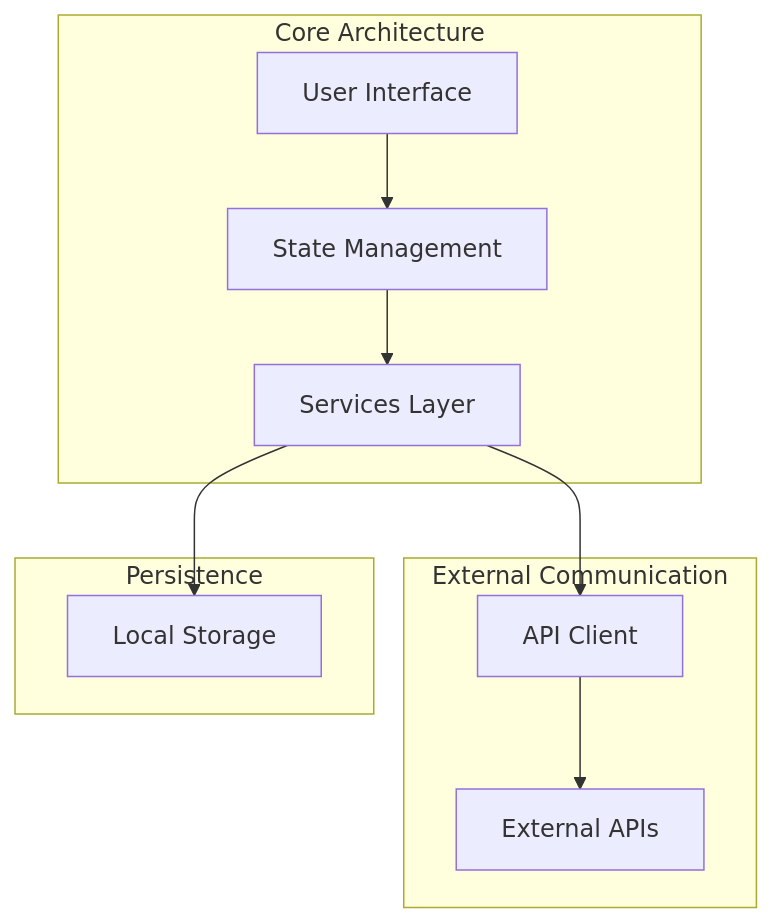
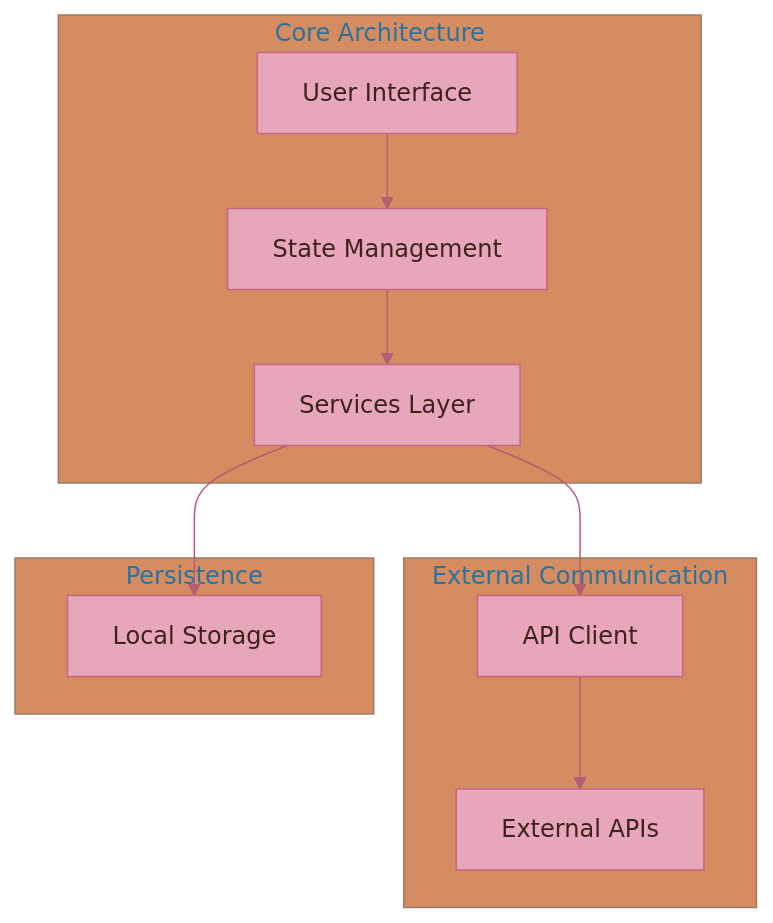
The diagram in README.md (radicalkjax/Athena), drawn with Mermaid before and after one commit. The commit also changed 5 other files, not shown here.

````diff
--- a/README.md
+++ b/README.md
@@ -257,23 +257,40 @@
 ```mermaid
+%%{init: {
+  'theme': 'base',
+  'themeVariables': {
+    'primaryColor': '#E8A6BA',
+    'primaryTextColor': '#3E231A',
+    'primaryBorderColor': '#C86681',
+    'lineColor': '#B65E71',
+    'secondaryColor': '#F6BD6B',
+    'tertiaryColor': '#D58C61',
+    'background': '#FFFFFF',
+    'mainBkg': '#E8A6BA',
+    'secondBkg': '#F6BD6B',
+    'tertiaryBkg': '#D58C61',
+    'textColor': '#3E231A',
+    'fontFamily': 'Arial, sans-serif'
+  }
+}}%%
 flowchart TD
     A[User Interface] --> B[State Management]
     B --> C[Services Layer]
     C --> D[API Client]
     C --> E[Local Storage]
     D --> F[External APIs]
     
     subgraph "Core Architecture"
         A
         B
         C
     end
     
     subgraph "External Communication"
         D
         F
     end
     
     subgraph "Persistence"
         E
     end
 ```
````
